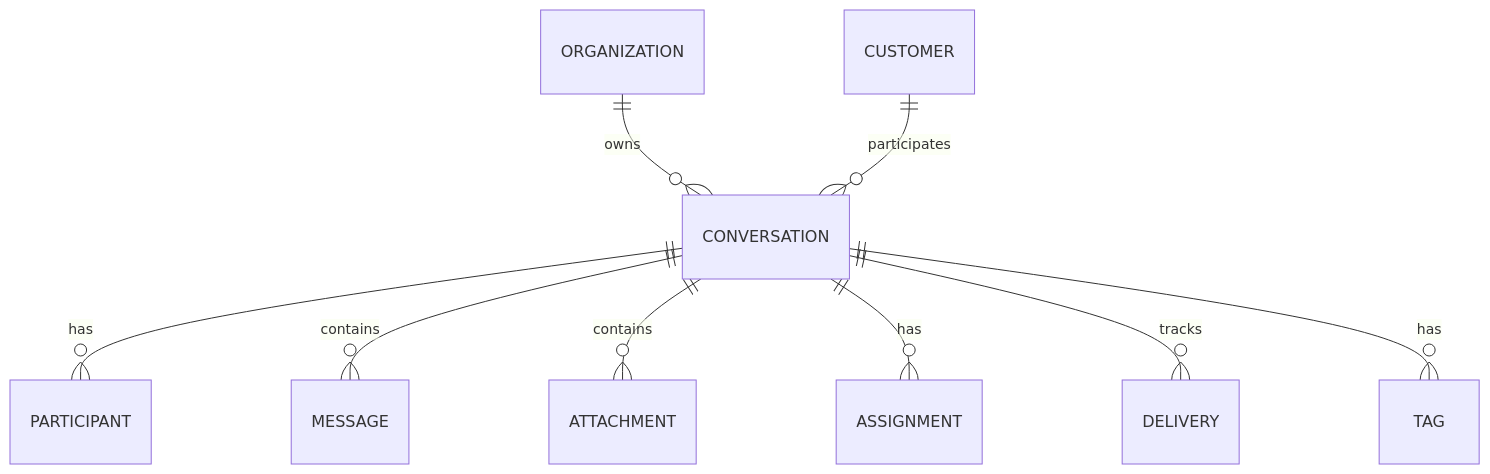
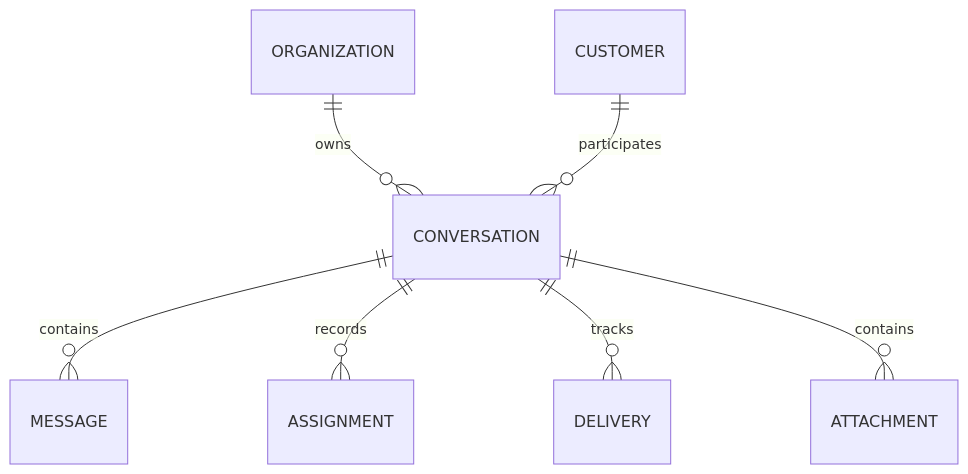
Before and after one commit to D-engahmed/OMILINKS: the first of 4 diagrams in docs/domain/conversations.md, drawn with Mermaid. The commit also changed other lines of this file and 3 other files, not shown here.

````diff
--- a/docs/domain/conversations.md
+++ b/docs/domain/conversations.md
@@ -24,11 +9,9 @@
-```mermaid
+~~~mermaid
 erDiagram
-ORGANIZATION ||--o{ CONVERSATION : owns
-CUSTOMER ||--o{ CONVERSATION : participates
-CONVERSATION ||--o{ PARTICIPANT : has
-CONVERSATION ||--o{ MESSAGE : contains
-CONVERSATION ||--o{ ATTACHMENT : contains
-CONVERSATION ||--o{ ASSIGNMENT : has
-CONVERSATION ||--o{ DELIVERY : tracks
-CONVERSATION ||--o{ TAG : has
-```
+    ORGANIZATION ||--o{ CONVERSATION : owns
+    CUSTOMER ||--o{ CONVERSATION : participates
+    CONVERSATION ||--o{ MESSAGE : contains
+    CONVERSATION ||--o{ ASSIGNMENT : records
+    CONVERSATION ||--o{ DELIVERY : tracks
+    CONVERSATION ||--o{ ATTACHMENT : contains
+~~~
````
